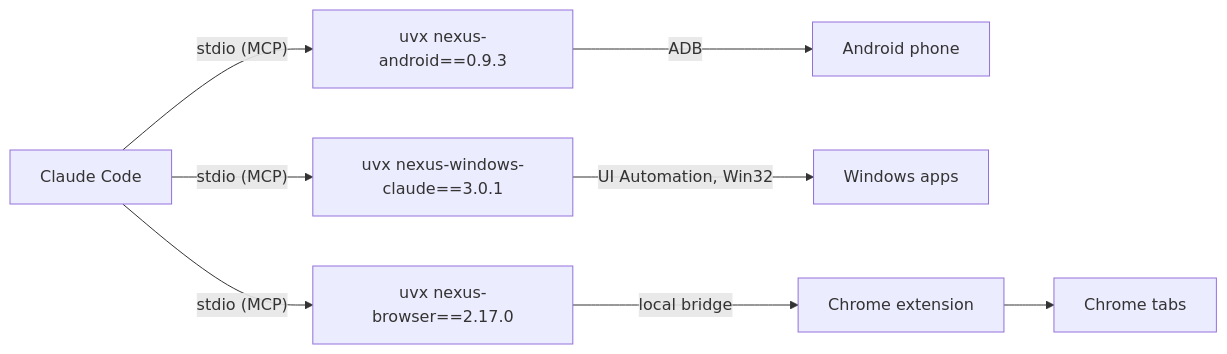
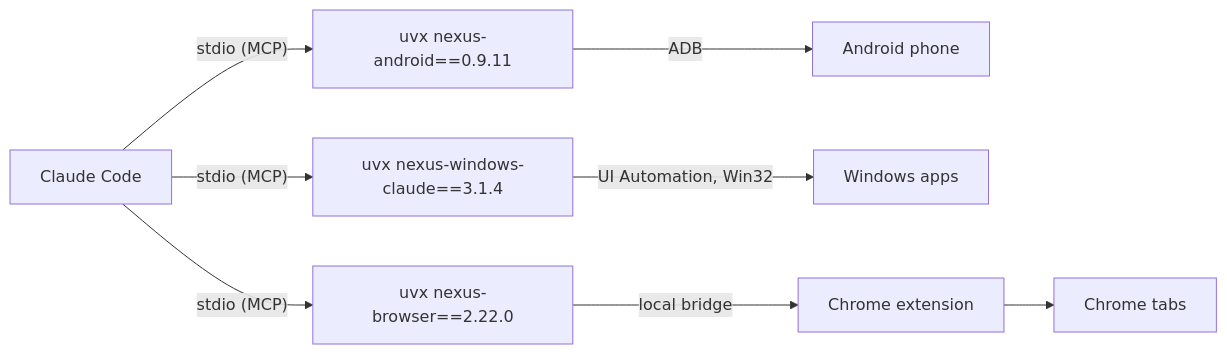
One commit to pironjulien/NexusSystem changed the diagram in README.md. Above: the diagram before and after it, drawn with Mermaid. The commit also changed 20 other files, not shown here.

Commit message:
Update to 1.4.0: nexus-android 0.9.11, nexus-windows-claude 3.1.4, nexus-browser 2.22.0, skills updated (text first, no duplicate images)

````diff
--- a/README.md
+++ b/README.md
@@ -54,6 +54,6 @@
 ```mermaid
 flowchart LR
-    C["Claude Code"] -- "stdio (MCP)" --> A["uvx nexus-android==0.9.3"] -- ADB --> P["Android phone"]
-    C -- "stdio (MCP)" --> W["uvx nexus-windows-claude==3.0.1"] -- "UI Automation, Win32" --> D["Windows apps"]
-    C -- "stdio (MCP)" --> B["uvx nexus-browser==2.17.0"] -- "local bridge" --> E["Chrome extension"] --> T["Chrome tabs"]
+    C["Claude Code"] -- "stdio (MCP)" --> A["uvx nexus-android==0.9.11"] -- ADB --> P["Android phone"]
+    C -- "stdio (MCP)" --> W["uvx nexus-windows-claude==3.1.4"] -- "UI Automation, Win32" --> D["Windows apps"]
+    C -- "stdio (MCP)" --> B["uvx nexus-browser==2.22.0"] -- "local bridge" --> E["Chrome extension"] --> T["Chrome tabs"]
 ```
````
